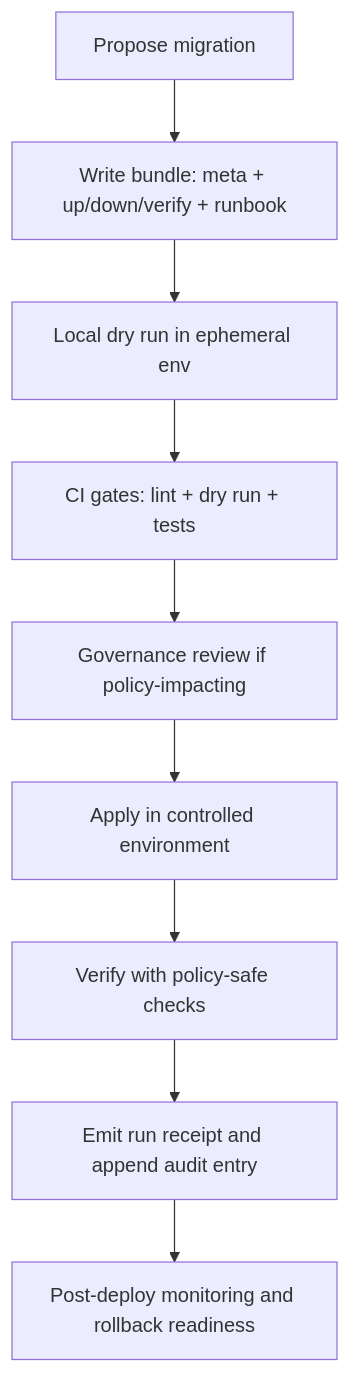
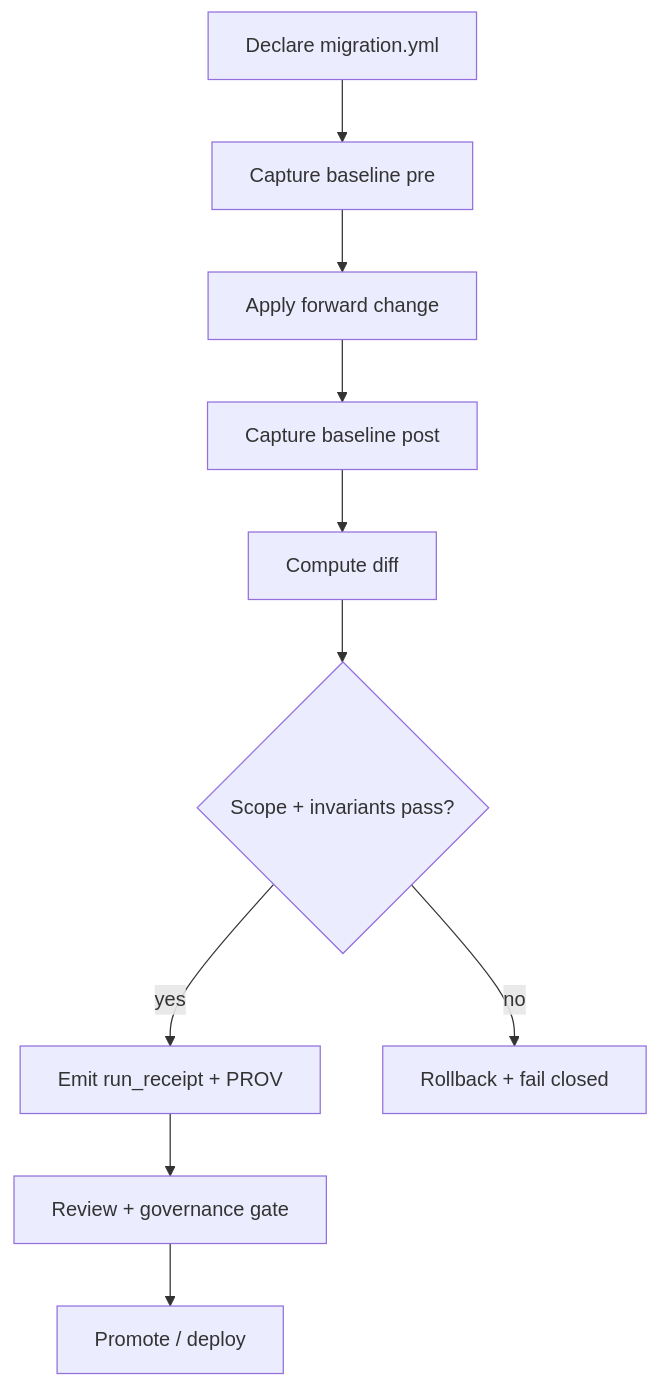
The diagram in migrations/README.md (bartytime4life/Kansas-Frontier-Matrix), drawn with Mermaid before and after one commit. The commit also changed other lines of this file, not shown here.

First line of the commit message:
Revise migration README for clarity and detail

````diff
--- a/migrations/README.md
+++ b/migrations/README.md
@@ -117,11 +180,12 @@
 ```mermaid
 flowchart TD
-  A[Propose migration] --> B[Write bundle: meta + up/down/verify + runbook]
-  B --> C[Local dry run in ephemeral env]
-  C --> D[CI gates: lint + dry run + tests]
-  D --> E[Governance review if policy-impacting]
-  E --> F[Apply in controlled environment]
-  F --> G[Verify with policy-safe checks]
-  G --> H[Emit run receipt and append audit entry]
-  H --> I[Post-deploy monitoring and rollback readiness]
+  A[Declare migration.yml] --> B[Capture baseline pre]
+  B --> C[Apply forward change]
+  C --> D[Capture baseline post]
+  D --> E[Compute diff]
+  E --> F{Scope + invariants pass?}
+  F -->|yes| G[Emit run_receipt + PROV]
+  F -->|no| H[Rollback + fail closed]
+  G --> I[Review + governance gate]
+  I --> J[Promote / deploy]
 ```
````
